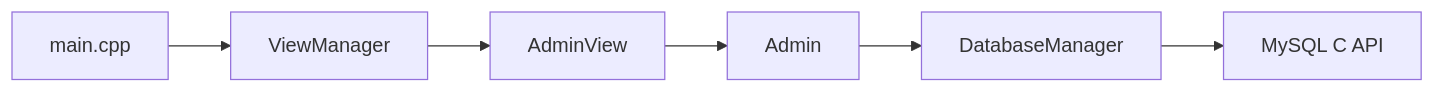
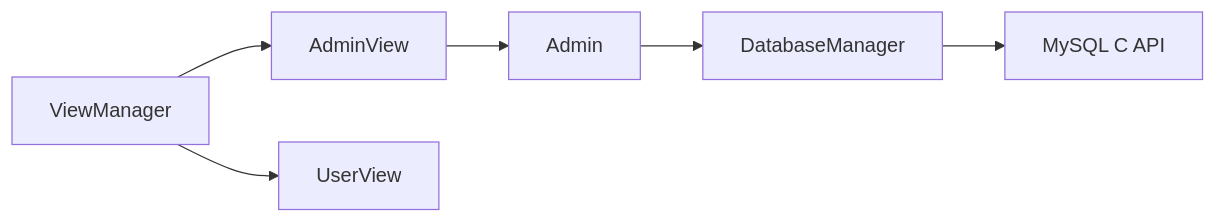
Before and after one commit to jinpeng900/OJ-Test: the seventh of 7 diagrams in .qoder/repowiki/zh/content/核心模块详解/管理员模块.md, drawn with Mermaid. The commit also changed other lines of this file and 147 other files, not shown here.

````diff
--- a/.qoder/repowiki/zh/content/核心模块详解/管理员模块.md
+++ b/.qoder/repowiki/zh/content/核心模块详解/管理员模块.md
@@ -267,8 +301,8 @@
 ```mermaid
 graph LR
-MAIN["main.cpp"] --> VM["ViewManager"]
-VM --> AV["AdminView"]
-AV --> ADM["Admin"]
-ADM --> DBM["DatabaseManager"]
-DBM --> MYSQL["MySQL C API"]
+AdminView --> Admin
+Admin --> DatabaseManager
+ViewManager --> AdminView
+ViewManager --> UserView
+DatabaseManager --> MySQL["MySQL C API"]
 ```
````
